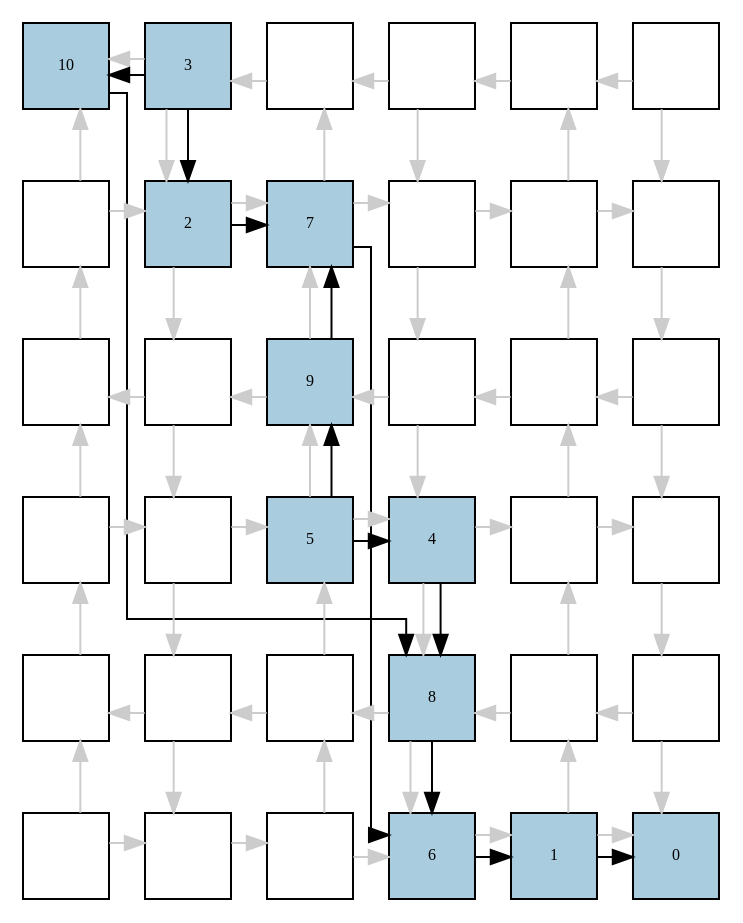
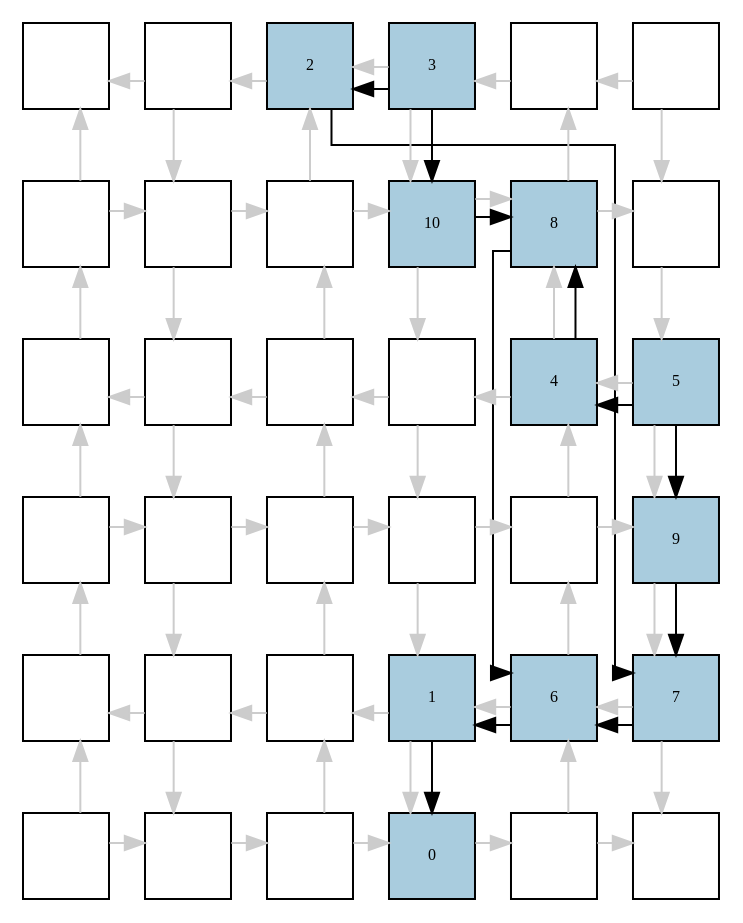
Before and after one commit to jeronimopenha/PeR: the diagram in reports/qca/yott/dot/xnor2_inverted_0.dot, drawn with Graphviz. The commit also changed 558 other files, not shown here.

```diff
--- a/reports/qca/yott/dot/xnor2_inverted_0.dot
+++ b/reports/qca/yott/dot/xnor2_inverted_0.dot
@@ -1,129 +1,129 @@
 digraph layout{
 rankdir=TB; 
 
 splines=ortho; 
 
 node [style=filled shape=square fixedsize=true width=0.6];
-0[label="10", fontsize=8, fillcolor="#a9ccde"];
-1[label="3", fontsize=8, fillcolor="#a9ccde"];
-2[label="", fontsize=8, fillcolor="#ffffff"];
-3[label="", fontsize=8, fillcolor="#ffffff"];
+0[label="", fontsize=8, fillcolor="#ffffff"];
+1[label="", fontsize=8, fillcolor="#ffffff"];
+2[label="2", fontsize=8, fillcolor="#a9ccde"];
+3[label="3", fontsize=8, fillcolor="#a9ccde"];
 4[label="", fontsize=8, fillcolor="#ffffff"];
 5[label="", fontsize=8, fillcolor="#ffffff"];
 6[label="", fontsize=8, fillcolor="#ffffff"];
-7[label="2", fontsize=8, fillcolor="#a9ccde"];
-8[label="7", fontsize=8, fillcolor="#a9ccde"];
-9[label="", fontsize=8, fillcolor="#ffffff"];
-10[label="", fontsize=8, fillcolor="#ffffff"];
+7[label="", fontsize=8, fillcolor="#ffffff"];
+8[label="", fontsize=8, fillcolor="#ffffff"];
+9[label="10", fontsize=8, fillcolor="#a9ccde"];
+10[label="8", fontsize=8, fillcolor="#a9ccde"];
 11[label="", fontsize=8, fillcolor="#ffffff"];
 12[label="", fontsize=8, fillcolor="#ffffff"];
 13[label="", fontsize=8, fillcolor="#ffffff"];
-14[label="9", fontsize=8, fillcolor="#a9ccde"];
+14[label="", fontsize=8, fillcolor="#ffffff"];
 15[label="", fontsize=8, fillcolor="#ffffff"];
-16[label="", fontsize=8, fillcolor="#ffffff"];
-17[label="", fontsize=8, fillcolor="#ffffff"];
+16[label="4", fontsize=8, fillcolor="#a9ccde"];
+17[label="5", fontsize=8, fillcolor="#a9ccde"];
 18[label="", fontsize=8, fillcolor="#ffffff"];
 19[label="", fontsize=8, fillcolor="#ffffff"];
-20[label="5", fontsize=8, fillcolor="#a9ccde"];
-21[label="4", fontsize=8, fillcolor="#a9ccde"];
+20[label="", fontsize=8, fillcolor="#ffffff"];
+21[label="", fontsize=8, fillcolor="#ffffff"];
 22[label="", fontsize=8, fillcolor="#ffffff"];
-23[label="", fontsize=8, fillcolor="#ffffff"];
+23[label="9", fontsize=8, fillcolor="#a9ccde"];
 24[label="", fontsize=8, fillcolor="#ffffff"];
 25[label="", fontsize=8, fillcolor="#ffffff"];
 26[label="", fontsize=8, fillcolor="#ffffff"];
-27[label="8", fontsize=8, fillcolor="#a9ccde"];
-28[label="", fontsize=8, fillcolor="#ffffff"];
-29[label="", fontsize=8, fillcolor="#ffffff"];
+27[label="1", fontsize=8, fillcolor="#a9ccde"];
+28[label="6", fontsize=8, fillcolor="#a9ccde"];
+29[label="7", fontsize=8, fillcolor="#a9ccde"];
 30[label="", fontsize=8, fillcolor="#ffffff"];
 31[label="", fontsize=8, fillcolor="#ffffff"];
 32[label="", fontsize=8, fillcolor="#ffffff"];
-33[label="6", fontsize=8, fillcolor="#a9ccde"];
-34[label="1", fontsize=8, fillcolor="#a9ccde"];
-35[label="0", fontsize=8, fillcolor="#a9ccde"];
+33[label="0", fontsize=8, fillcolor="#a9ccde"];
+34[label="", fontsize=8, fillcolor="#ffffff"];
+35[label="", fontsize=8, fillcolor="#ffffff"];
 edge [constraint=false, style=vis];
 1 -> 0 [color="#cccccc"];
 1 -> 7 [color="#cccccc"];
 2 -> 1 [color="#cccccc"];
 3 -> 2 [color="#cccccc"];
 3 -> 9 [color="#cccccc"];
 4 -> 3 [color="#cccccc"];
 5 -> 4 [color="#cccccc"];
 5 -> 11 [color="#cccccc"];
 6 -> 7 [color="#cccccc"];
 6 -> 0 [color="#cccccc"];
 7 -> 13 [color="#cccccc"];
 7 -> 8 [color="#cccccc"];
 8 -> 9 [color="#cccccc"];
 8 -> 2 [color="#cccccc"];
 9 -> 15 [color="#cccccc"];
 9 -> 10 [color="#cccccc"];
 10 -> 11 [color="#cccccc"];
 10 -> 4 [color="#cccccc"];
 11 -> 17 [color="#cccccc"];
 12 -> 6 [color="#cccccc"];
 13 -> 12 [color="#cccccc"];
 13 -> 19 [color="#cccccc"];
 14 -> 8 [color="#cccccc"];
 14 -> 13 [color="#cccccc"];
 15 -> 14 [color="#cccccc"];
 15 -> 21 [color="#cccccc"];
 16 -> 10 [color="#cccccc"];
 16 -> 15 [color="#cccccc"];
 17 -> 16 [color="#cccccc"];
 17 -> 23 [color="#cccccc"];
 18 -> 19 [color="#cccccc"];
 18 -> 12 [color="#cccccc"];
 19 -> 25 [color="#cccccc"];
 19 -> 20 [color="#cccccc"];
 20 -> 21 [color="#cccccc"];
 20 -> 14 [color="#cccccc"];
 21 -> 27 [color="#cccccc"];
 21 -> 22 [color="#cccccc"];
 22 -> 23 [color="#cccccc"];
 22 -> 16 [color="#cccccc"];
 23 -> 29 [color="#cccccc"];
 24 -> 18 [color="#cccccc"];
 25 -> 24 [color="#cccccc"];
 25 -> 31 [color="#cccccc"];
 26 -> 20 [color="#cccccc"];
 26 -> 25 [color="#cccccc"];
 27 -> 26 [color="#cccccc"];
 27 -> 33 [color="#cccccc"];
 28 -> 22 [color="#cccccc"];
 28 -> 27 [color="#cccccc"];
 29 -> 28 [color="#cccccc"];
 29 -> 35 [color="#cccccc"];
 30 -> 31 [color="#cccccc"];
 30 -> 24 [color="#cccccc"];
 31 -> 32 [color="#cccccc"];
 32 -> 33 [color="#cccccc"];
 32 -> 26 [color="#cccccc"];
 33 -> 34 [color="#cccccc"];
 34 -> 35 [color="#cccccc"];
 34 -> 28 [color="#cccccc"];
-34 -> 35;
-1 -> 7;
-20 -> 21;
-33 -> 34;
-7 -> 8;
-20 -> 14;
-14 -> 8;
-21 -> 27;
-1 -> 0;
-0 -> 27;
 27 -> 33;
-8 -> 33;
+3 -> 2;
+17 -> 16;
+28 -> 27;
+2 -> 29;
+17 -> 23;
+23 -> 29;
+16 -> 10;
+3 -> 9;
+9 -> 10;
+10 -> 28;
+29 -> 28;
 edge [constraint=true, style=invis];
 0 -> 6 -> 12 -> 18 -> 24 -> 30;
 1 -> 7 -> 13 -> 19 -> 25 -> 31;
 2 -> 8 -> 14 -> 20 -> 26 -> 32;
 3 -> 9 -> 15 -> 21 -> 27 -> 33;
 4 -> 10 -> 16 -> 22 -> 28 -> 34;
 5 -> 11 -> 17 -> 23 -> 29 -> 35;
 rank = same { 0 -> 1 -> 2 -> 3 -> 4 -> 5;};
 rank = same { 6 -> 7 -> 8 -> 9 -> 10 -> 11;};
 rank = same { 12 -> 13 -> 14 -> 15 -> 16 -> 17;};
 rank = same { 18 -> 19 -> 20 -> 21 -> 22 -> 23;};
 rank = same { 24 -> 25 -> 26 -> 27 -> 28 -> 29;};
 rank = same { 30 -> 31 -> 32 -> 33 -> 34 -> 35;};
 }
```
